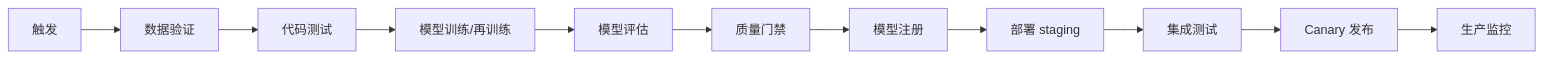
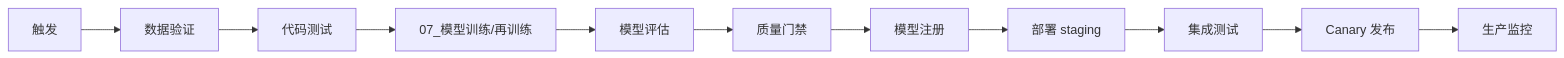
Before and after one commit to CloudManHQ/CloudMaster: the second of 4 diagrams in 11_模型运维/06_CI_CD/CI_CD_Pipeline_AI_2026.md, drawn with Mermaid. The commit also changed other lines of this file and 2204 other files, not shown here.

````diff
--- a/11_模型运维/06_CI_CD/CI_CD_Pipeline_AI_2026.md
+++ b/11_模型运维/06_CI_CD/CI_CD_Pipeline_AI_2026.md
@@ -76,13 +76,13 @@
 ```mermaid
 flowchart LR
     A[触发] --> B[数据验证]
     B --> C[代码测试]
-    C --> D[模型训练/再训练]
+    C --> D[07_模型训练/再训练]
     D --> E[模型评估]
     E --> F[质量门禁]
     F --> G[模型注册]
     G --> H[部署 staging]
     H --> I[集成测试]
     I --> J[Canary 发布]
     J --> K[生产监控]
 ```
````
